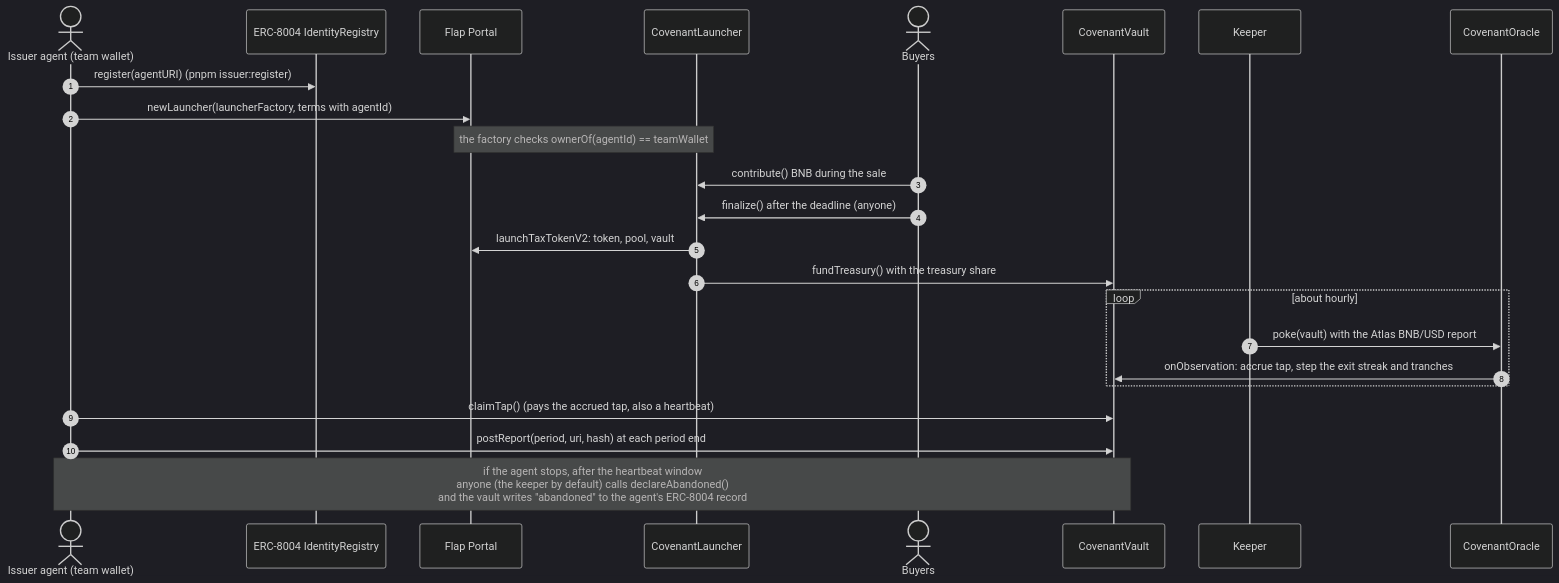
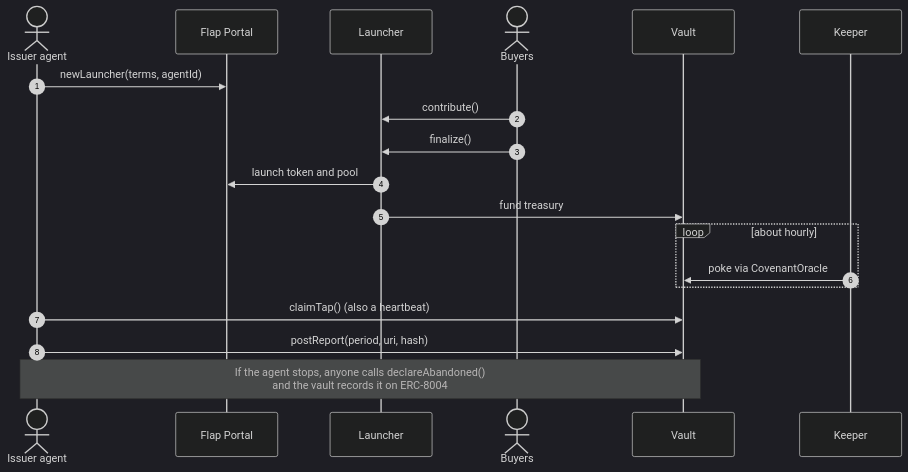
One commit to Adityaakr/Covenent changed the fourth of 4 diagrams in README.md. Above: the diagram before and after it, drawn with Mermaid (dark theme). The commit also changed other lines of this file and 15 other files, not shown here.

````diff
--- a/README.md
+++ b/README.md
@@ -193,27 +226,22 @@
 ```mermaid
 sequenceDiagram
     autonumber
-    actor Agent as Issuer agent (team wallet)
-    participant ID as ERC-8004 IdentityRegistry
-    participant Portal as Flap Portal
-    participant L as CovenantLauncher
-    actor Buyers
-    participant V as CovenantVault
+    actor A as Issuer agent
+    participant P as Flap Portal
+    participant L as Launcher
+    actor B as Buyers
+    participant V as Vault
     participant K as Keeper
-    participant O as CovenantOracle
 
-    Agent->>ID: register(agentURI)   (pnpm issuer:register)
-    Agent->>Portal: newLauncher(launcherFactory, terms with agentId)
-    Note over Portal,L: the factory checks ownerOf(agentId) == teamWallet
-    Buyers->>L: contribute() BNB during the sale
-    Buyers->>L: finalize() after the deadline (anyone)
-    L->>Portal: launchTaxTokenV2: token, pool, vault
-    L->>V: fundTreasury() with the treasury share
+    A->>P: newLauncher(terms, agentId)
+    B->>L: contribute()
+    B->>L: finalize()
+    L->>P: launch token and pool
+    L->>V: fund treasury
     loop about hourly
-        K->>O: poke(vault) with the Atlas BNB/USD report
-        O->>V: onObservation: accrue tap, step the exit streak and tranches
+        K->>V: poke via CovenantOracle
     end
-    Agent->>V: claimTap()   (pays the accrued tap, also a heartbeat)
-    Agent->>V: postReport(period, uri, hash) at each period end
-    Note over Agent,V: if the agent stops, after the heartbeat window<br/>anyone (the keeper by default) calls declareAbandoned()<br/>and the vault writes "abandoned" to the agent's ERC-8004 record
+    A->>V: claimTap() (also a heartbeat)
+    A->>V: postReport(period, uri, hash)
+    Note over A,V: If the agent stops, anyone calls declareAbandoned()<br/>and the vault records it on ERC-8004
 ```
````
